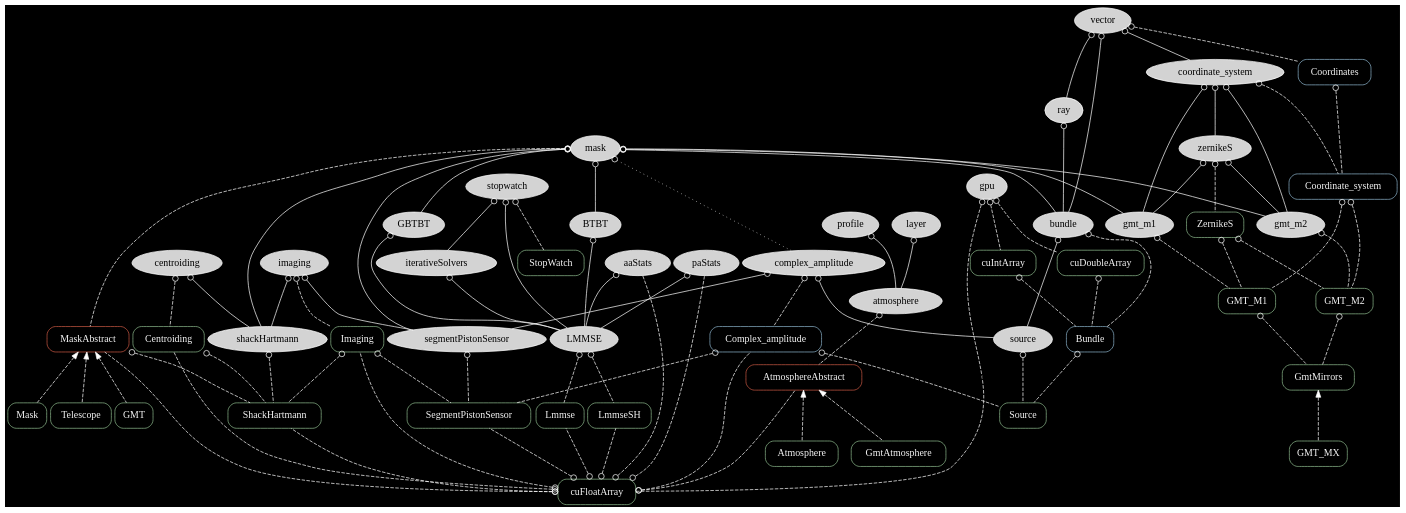
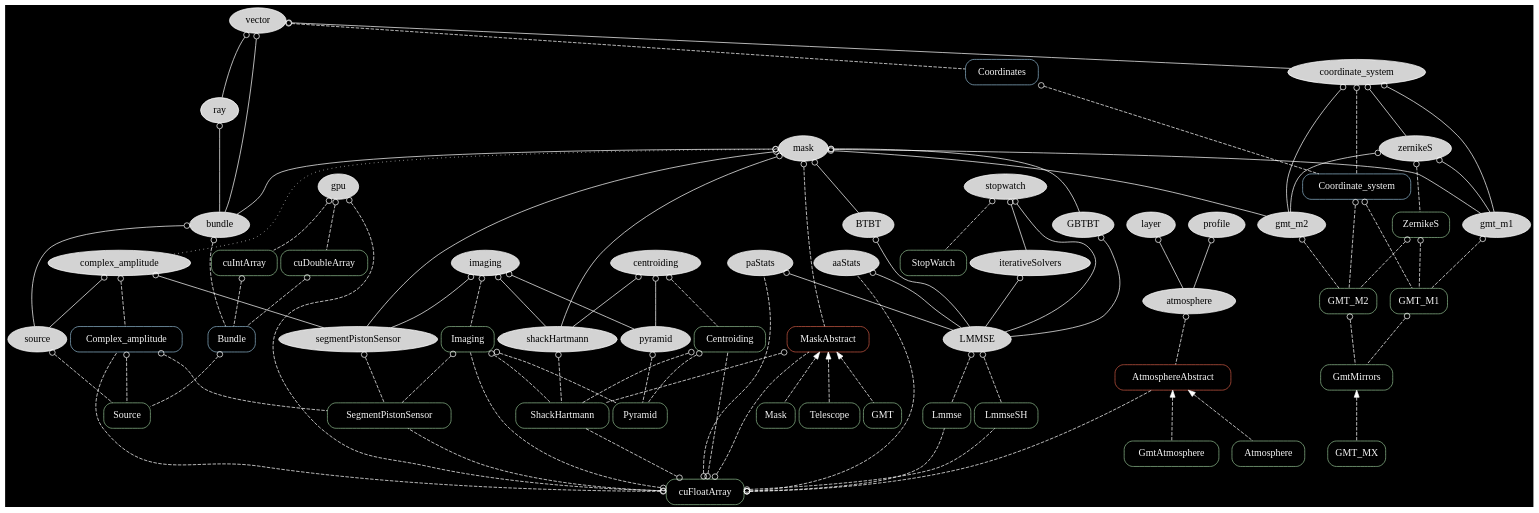
Before and after one commit to rconan/CEO: the diagram in graph/ceo.dot, drawn with Graphviz. The commit also changed 2 other files, not shown here.

Commit message:
PYRAMID CLASS AND STRUCTURE WITH N_SIDE_LENSLET

```diff
--- a/graph/ceo.dot
+++ b/graph/ceo.dot
@@ -1,136 +1,142 @@
 digraph {
 overlap=false
 splines=true
 bgcolor = black
 node[style=filled,fillcolor=lightgray,color=white];
 edge[arrowtail=odot,dir=back,color=white];
 
 mask -> shackHartmann;
 imaging -> shackHartmann;
 centroiding -> shackHartmann;
+imaging -> pyramid;
+centroiding -> pyramid;
 bundle -> source;
 
 coordinate_system -> zernikeS;
 coordinate_system -> gmt_m1;
 coordinate_system -> gmt_m2
 
 mask -> gmt_m1;
 mask -> gmt_m2;
 
 zernikeS -> gmt_m1;
 zernikeS -> gmt_m2;
 
 vector -> coordinate_system;
 vector -> bundle;
 
 mask -> bundle;
 ray -> bundle;
 vector -> ray;
 complex_amplitude -> source;
 
 layer -> atmosphere;
 profile -> atmosphere;
 
 mask -> BTBT;
 mask -> GBTBT;
 aaStats -> LMMSE;
 paStats -> LMMSE;
 BTBT -> LMMSE;
 GBTBT -> LMMSE;
 iterativeSolvers -> LMMSE;
 stopwatch -> LMMSE;
 stopwatch -> iterativeSolvers;
 
 gpu;
 
 complex_amplitude -> segmentPistonSensor;
 mask -> segmentPistonSensor;
 imaging -> segmentPistonSensor;
 
 edge[style=dotted,color=white]
 mask -> complex_amplitude;
 
 node[color=darkseagreen,style=rounded,shape=box,fontcolor=whitesmoke];
 edge[style=dashed,color=white]
 
 centroiding -> Centroiding;
 imaging -> Imaging;
 cuFloatArray -> Imaging;
 cuFloatArray -> Centroiding;
 
 source -> Source;
 Complex_amplitude[color=lightskyblue3];
 complex_amplitude -> Complex_amplitude;
 cuFloatArray -> Complex_amplitude;
 Bundle[color=lightskyblue3];
 bundle -> Bundle;
 cuDoubleArray -> Bundle;
 cuIntArray -> Bundle;
 Complex_amplitude -> Source[label="wavefront"];
 Bundle -> Source[label="rays"];
 
 shackHartmann -> ShackHartmann;
 MaskAbstract -> ShackHartmann;
 cuFloatArray -> ShackHartmann
 Imaging -> ShackHartmann;
 Centroiding -> ShackHartmann;
 
+pyramid -> Pyramid;
+Imaging -> Pyramid;
+Centroiding -> Pyramid;
+
 segmentPistonSensor -> SegmentPistonSensor;
 cuFloatArray -> SegmentPistonSensor;
 
 gmt_m1 -> GMT_M1;
 gmt_m2 -> GMT_M2;
 ZernikeS;
 zernikeS -> ZernikeS;
 ZernikeS -> GMT_M1;
 ZernikeS -> GMT_M2;
 GMT_M1 -> GmtMirrors[label="M1"];
 GMT_M2 -> GmtMirrors[label="M2"];
 Coordinate_system[color=lightskyblue3];
 coordinate_system -> Coordinate_system;
 Coordinate_system -> GMT_M1;
 Coordinate_system -> GMT_M2;
 Coordinates[color=lightskyblue3];
 Coordinates -> Coordinate_system;
 vector -> Coordinates;
 
 AtmosphereAbstract[color=coral3];
 atmosphere -> AtmosphereAbstract;
 
 MaskAbstract[color=coral3]
 mask -> MaskAbstract;
 cuFloatArray -> MaskAbstract;
 Complex_amplitude -> SegmentPistonSensor;
 Imaging -> SegmentPistonSensor;
 
 stopwatch -> StopWatch;
 
 gpu -> cuFloatArray;
 gpu -> cuIntArray;
 gpu -> cuDoubleArray;
 LMMSE -> Lmmse;
 LMMSE -> LmmseSH;
 cuFloatArray -> Lmmse;
 cuFloatArray -> LmmseSH;
 cuFloatArray -> AtmosphereAbstract;
 cuFloatArray -> aaStats
 cuFloatArray -> paStats
 
 edge[dir=back,arrowtail=normal];
 
 AtmosphereAbstract -> Atmosphere;
 AtmosphereAbstract -> GmtAtmosphere;
 
 MaskAbstract -> Mask;
 MaskAbstract -> Telescope;
 MaskAbstract -> GMT;
 
 GmtMirrors -> GMT_MX;
 
 #{rank = source; mask;}
 #{rank = same; gpu; vector; MaskAbstract;}
 #{rank = same; Source; ShackHartmann}
 #{rank=same; stopwatch; StopWatch;}
 {rank = sink; cuFloatArray;}
 #{rank = same; cuFloatArray; MaskAbstract;}
 }
```
